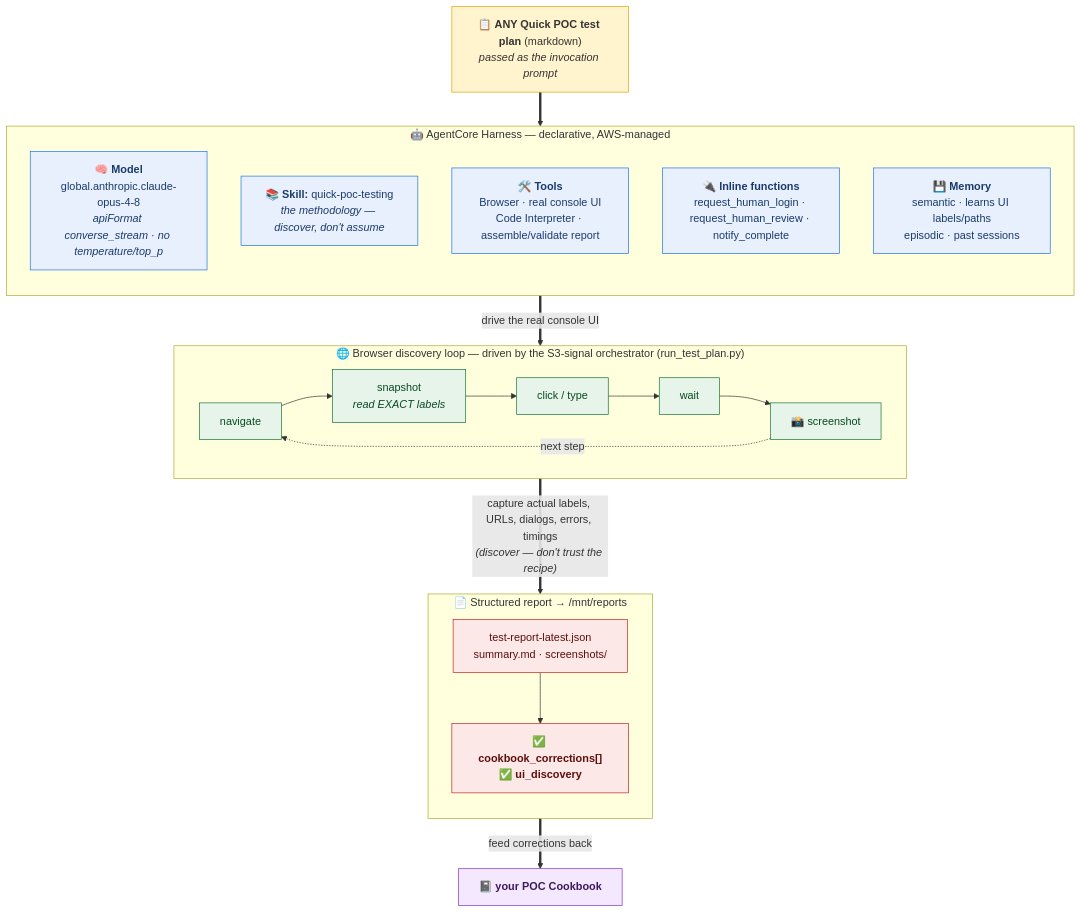
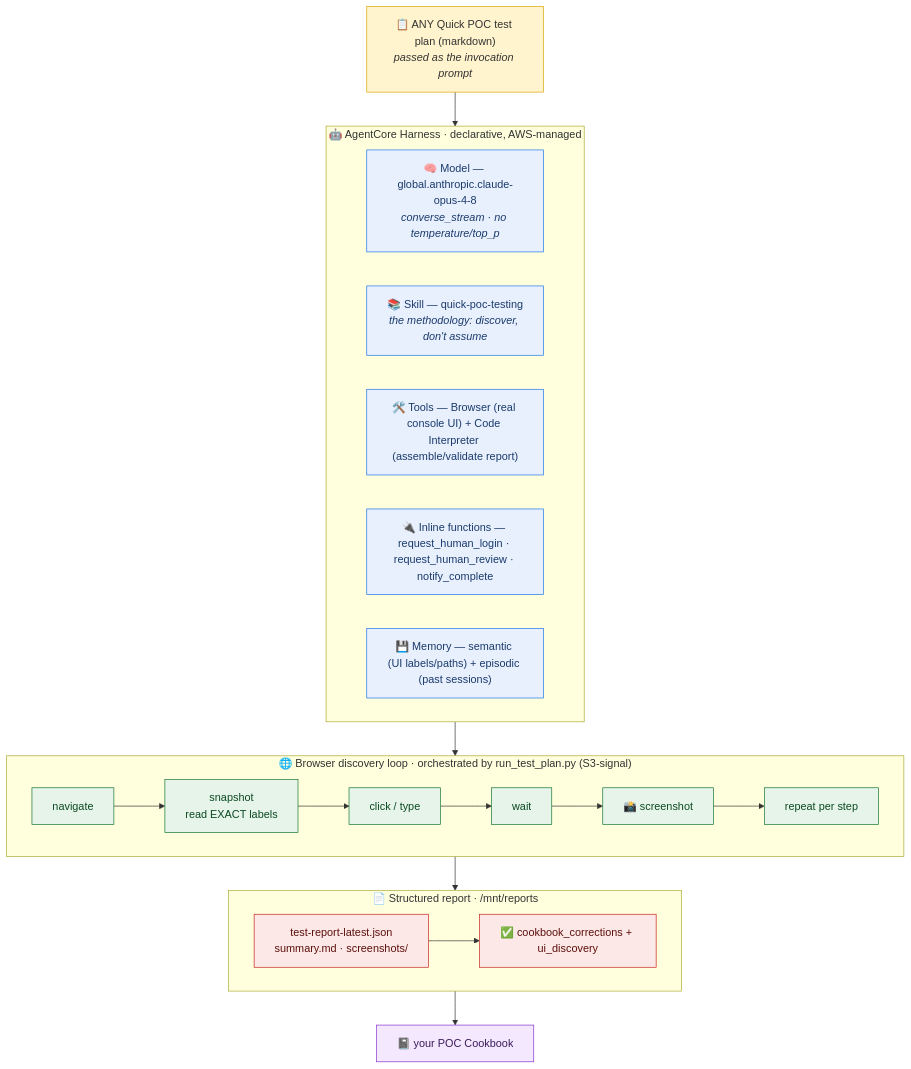
One commit to timwukp/amazon-quick-poc-support-agent changed the diagram in README.md. Above: the diagram before and after it, drawn with Mermaid.

Commit message:
docs: simplify Mermaid for fast, reliable GitHub rendering
Removed per-subgraph direction overrides, the dotted back-edge cycle, and multi-line edge
labels — these forced GitHub's dagre layout to render slowly. Same flow, linear top-down.

````diff
--- a/README.md
+++ b/README.md
@@ -48,40 +48,40 @@
 ```mermaid
 flowchart TD
-    IN["📋 <b>ANY Quick POC test plan</b> (markdown)<br/><i>passed as the invocation prompt</i>"]
+    IN["📋 ANY Quick POC test plan (markdown)<br/><i>passed as the invocation prompt</i>"]
 
-    subgraph HARNESS["🤖 AgentCore Harness — declarative, AWS-managed"]
-        direction TB
-        M["🧠 <b>Model</b><br/>global.anthropic.claude-opus-4-8<br/><i>apiFormat converse_stream · no temperature/top_p</i>"]
-        SK["📚 <b>Skill:</b> quick-poc-testing<br/><i>the methodology — discover, don't assume</i>"]
-        T["🛠️ <b>Tools</b><br/>Browser · real console UI<br/>Code Interpreter · assemble/validate report"]
-        IF["🔌 <b>Inline functions</b><br/>request_human_login · request_human_review · notify_complete"]
-        MEM["💾 <b>Memory</b><br/>semantic · learns UI labels/paths<br/>episodic · past sessions"]
+    subgraph HARNESS["🤖 AgentCore Harness · declarative, AWS-managed"]
+        M["🧠 Model — global.anthropic.claude-opus-4-8<br/><i>converse_stream · no temperature/top_p</i>"]
+        SK["📚 Skill — quick-poc-testing<br/><i>the methodology: discover, don't assume</i>"]
+        T["🛠️ Tools — Browser (real console UI) + Code Interpreter (assemble/validate report)"]
+        IF["🔌 Inline functions — request_human_login · request_human_review · notify_complete"]
+        MEM["💾 Memory — semantic (UI labels/paths) + episodic (past sessions)"]
     end
 
-    subgraph LOOP["🌐 Browser discovery loop — driven by the S3-signal orchestrator (run_test_plan.py)"]
-        direction LR
-        L1["navigate"] --> L2["snapshot<br/><i>read EXACT labels</i>"] --> L3["click / type"] --> L4["wait"] --> L5["📸 screenshot"]
-        L5 -.->|next step| L1
+    subgraph LOOP["🌐 Browser discovery loop · orchestrated by run_test_plan.py (S3-signal)"]
+        L1["navigate"] --> L2["snapshot<br/>read EXACT labels"] --> L3["click / type"] --> L4["wait"] --> L5["📸 screenshot"] --> L6["repeat per step"]
     end
 
-    subgraph OUT["📄 Structured report → /mnt/reports"]
-        direction TB
+    subgraph OUT["📄 Structured report · /mnt/reports"]
         O1["test-report-latest.json<br/>summary.md · screenshots/"]
-        O2["✅ <b>cookbook_corrections[]</b><br/>✅ <b>ui_discovery</b>"]
+        O2["✅ cookbook_corrections + ui_discovery"]
         O1 --> O2
     end
 
-    CB["📓 <b>your POC Cookbook</b>"]
+    CB["📓 your POC Cookbook"]
 
-    IN ==> HARNESS
-    HARNESS ==>|"drive the real console UI"| LOOP
-    LOOP ==>|"capture actual labels, URLs, dialogs, errors, timings<br/><i>(discover — don't trust the recipe)</i>"| OUT
-    OUT ==>|"feed corrections back"| CB
+    IN --> HARNESS
+    HARNESS --> LOOP
+    LOOP --> OUT
+    OUT --> CB
 
-    classDef input fill:#FFF4CE,stroke:#D9A400,stroke-width:1px,color:#333;
-    classDef harness fill:#E8F0FE,stroke:#1A73E8,stroke-width:1px,color:#1A3A6B;
-    classDef loop fill:#E6F4EA,stroke:#137333,stroke-width:1px,color:#0B4A22;
-    classDef out fill:#FCE8E6,stroke:#C5221F,stroke-width:1px,color:#5C0F0C;
-    classDef cook fill:#F3E8FD,stroke:#8430CE,stroke-width:1px,color:#3D1A5B;
-    class IN input; class M,SK,T,IF,MEM harness; class L1,L2,L3,L4,L5 loop; class O1,O2 out; class CB cook;
+    classDef input fill:#FFF4CE,stroke:#D9A400,color:#333333;
+    classDef harness fill:#E8F0FE,stroke:#1A73E8,color:#1A3A6B;
+    classDef loop fill:#E6F4EA,stroke:#137333,color:#0B4A22;
+    classDef out fill:#FCE8E6,stroke:#C5221F,color:#5C0F0C;
+    classDef cook fill:#F3E8FD,stroke:#8430CE,color:#3D1A5B;
+    class IN input
+    class M,SK,T,IF,MEM harness
+    class L1,L2,L3,L4,L5,L6 loop
+    class O1,O2 out
+    class CB cook
 ```
````
